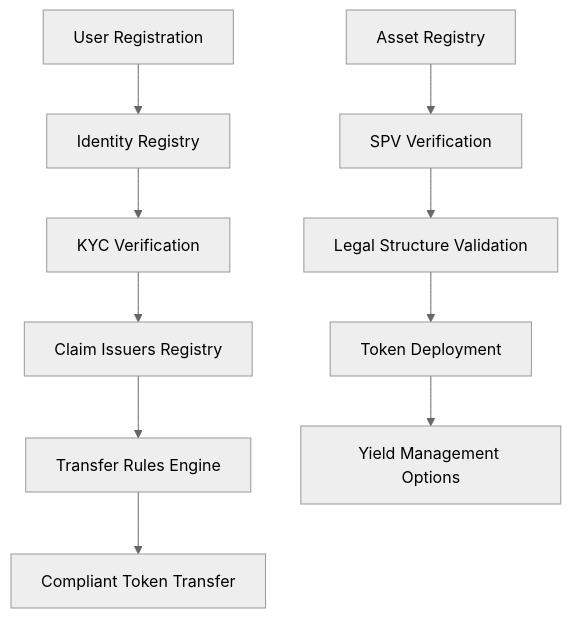
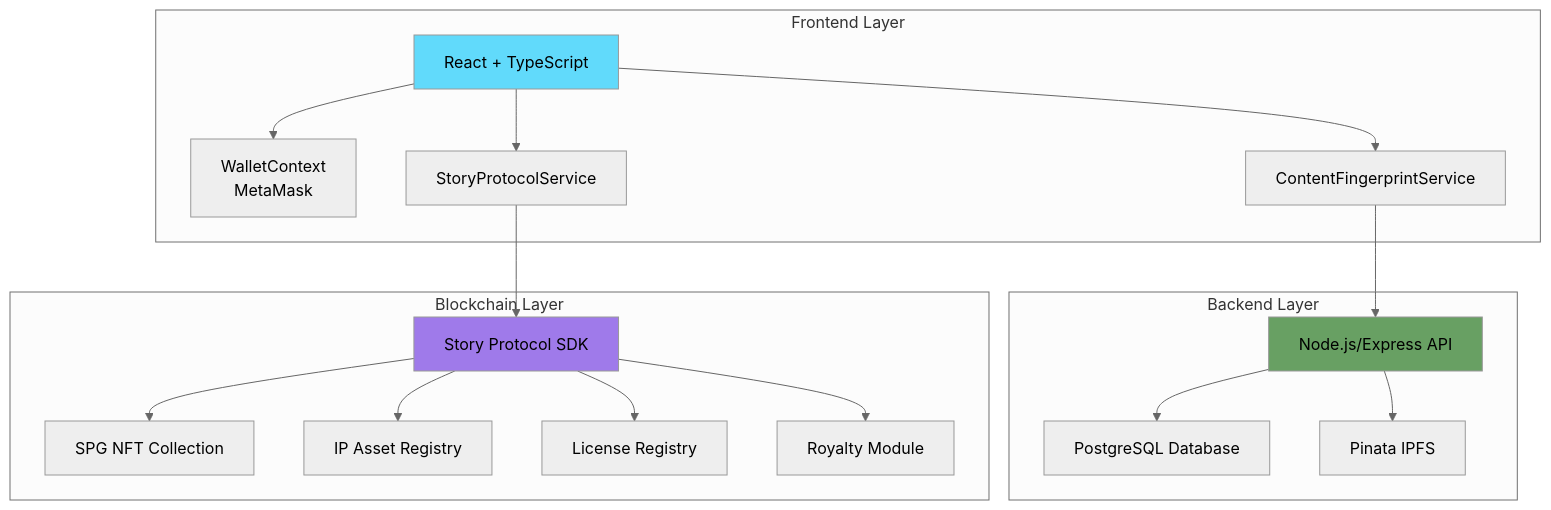
Before and after one commit to 18Abhinav07/Orion: the sixth of 10 diagrams in README.md, drawn with Mermaid (neutral theme). The commit also changed other lines of this file, not shown here.

````diff
--- a/README.md
+++ b/README.md
@@ -402,13 +206,39 @@
 ```mermaid
-graph TD
-    A[User Registration] --> B[Identity Registry]
-    B --> C[KYC Verification]
-    C --> D[Claim Issuers Registry]
-    D --> E[Transfer Rules Engine]
-    E --> F[Compliant Token Transfer]
-    
-    G[Asset Registry] --> H[SPV Verification]
-    H --> I[Legal Structure Validation]
-    I --> J[Token Deployment]
-    J --> K[Yield Management Options]
+graph TB
+    subgraph "Frontend Layer"
+        A[React + TypeScript]
+        B[WalletContext<br/>MetaMask]
+        C[StoryProtocolService]
+        D[ContentFingerprintService]
+    end
+
+    subgraph "Backend Layer"
+        E[Node.js/Express API]
+        F[PostgreSQL Database]
+        G[Pinata IPFS]
+    end
+
+    subgraph "Blockchain Layer"
+        H[Story Protocol SDK]
+        I[SPG NFT Collection]
+        J[IP Asset Registry]
+        K[License Registry]
+        L[Royalty Module]
+    end
+
+    A --> B
+    A --> C
+    A --> D
+    C --> H
+    D --> E
+    E --> F
+    E --> G
+    H --> I
+    H --> J
+    H --> K
+    H --> L
+
+    style A fill:#61dafb
+    style E fill:#68a063
+    style H fill:#9f7aea
 ```
````
